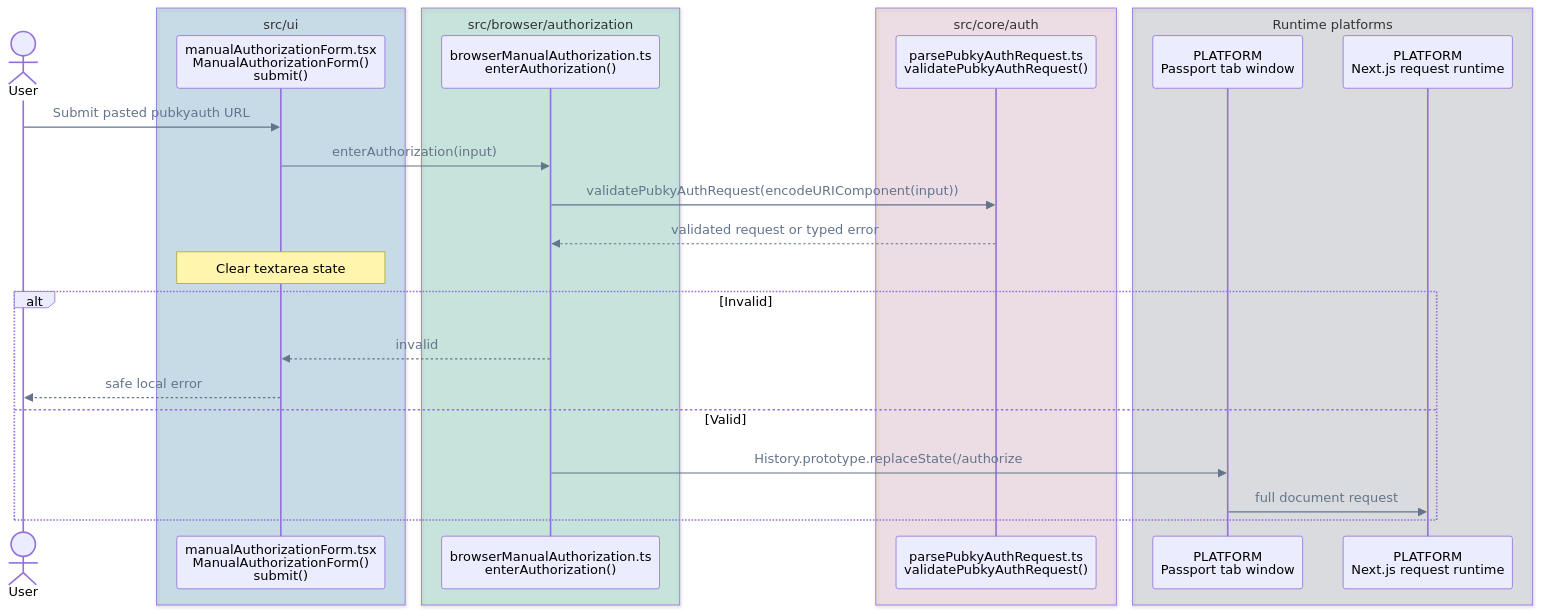
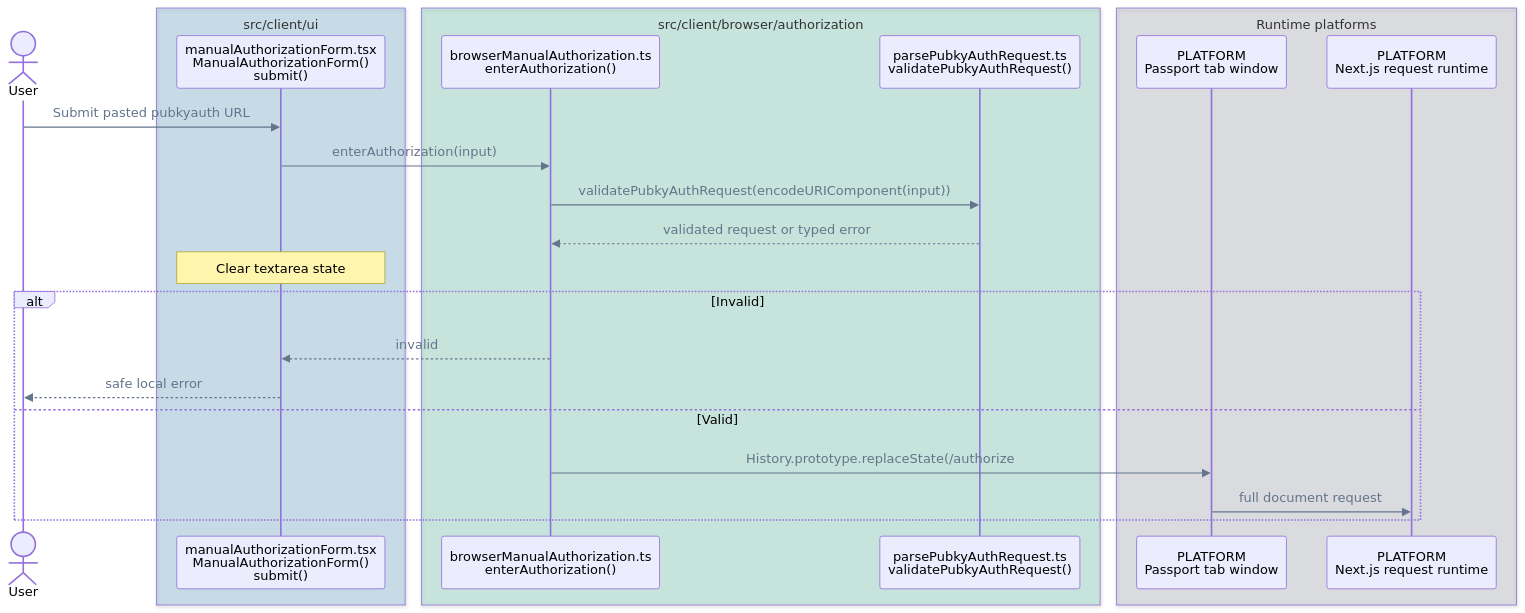
Before and after one commit to pubky/pubky-passport: the fourth of 14 diagrams in FLOWS.md, drawn with Mermaid. The commit also changed other lines of this file and 238 other files, not shown here.

````diff
--- a/FLOWS.md
+++ b/FLOWS.md
@@ -166,33 +158,31 @@
 ```mermaid
 %%{init: {"themeVariables": {"signalColor": "#64748B", "signalTextColor": "#64748B"}}}%%
 sequenceDiagram
     accTitle: Manual authorization call flow
     accDescr: The form validates and clears a pasted request before either showing a safe error or starting a full authorization document navigation.
     actor User
-    box rgba(0, 114, 178, 0.18) src/ui
+    box rgba(0, 114, 178, 0.18) src/client/ui
         participant Form as manualAuthorizationForm.tsx<br/>ManualAuthorizationForm()<br/>submit()
     end
-    box rgba(0, 158, 115, 0.18) src/browser/authorization
+    box rgba(0, 158, 115, 0.18) src/client/browser/authorization
         participant Browser as browserManualAuthorization.ts<br/>enterAuthorization()
-    end
-    box rgba(204, 121, 167, 0.18) src/core/auth
         participant Parser as parsePubkyAuthRequest.ts<br/>validatePubkyAuthRequest()
     end
     box rgba(107, 114, 128, 0.18) Runtime platforms
         participant Window as PLATFORM<br/>Passport tab window
         participant Next as PLATFORM<br/>Next.js request runtime
     end
 
     User->>Form: Submit pasted pubkyauth URL
     Form->>Browser: enterAuthorization(input)
     Browser->>Parser: validatePubkyAuthRequest(encodeURIComponent(input))
     Parser-->>Browser: validated request or typed error
     Note over Form: Clear textarea state
     alt Invalid
         Browser-->>Form: invalid
         Form-->>User: safe local error
     else Valid
         Browser->>Window: History.prototype.replaceState(/authorize#d=...) + reload
         Window->>Next: full document request
     end
 ```
````
